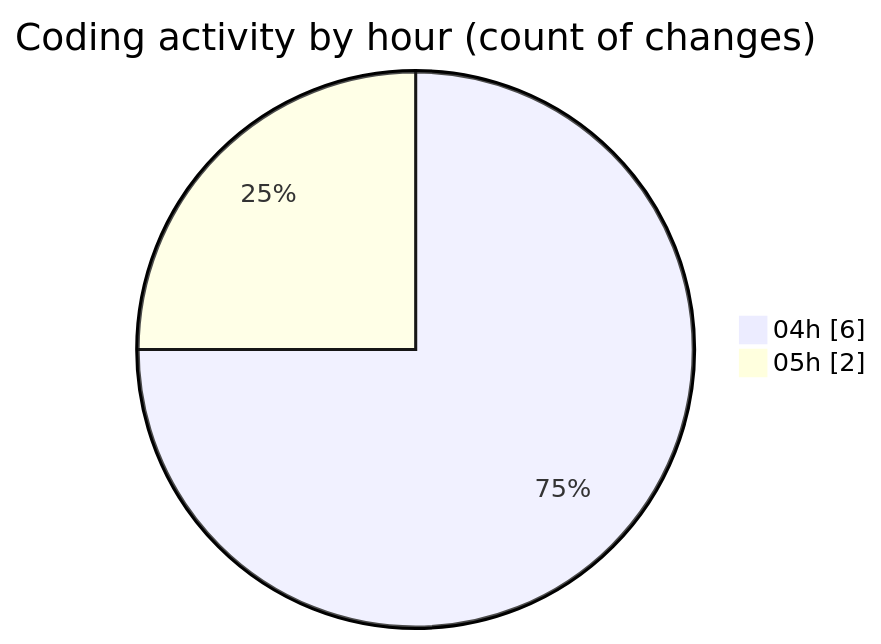
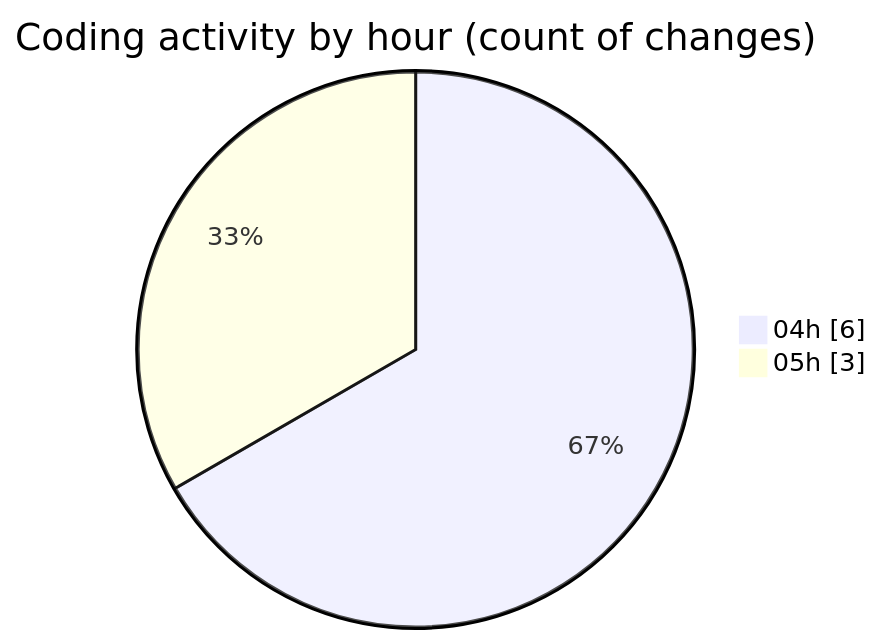
One commit to vahidmafi/code-tracking changed the second of 2 diagrams in 2025-03-23/zeytoon/README.md. Above: the diagram before and after it, drawn with Mermaid. The commit also changed other lines of this file and 1 other file, not shown here.

````diff
--- a/2025-03-23/zeytoon/README.md
+++ b/2025-03-23/zeytoon/README.md
@@ -30,6 +30,6 @@
 ```mermaid
 pie showData
 title Coding activity by hour (count of changes)
 "04h" : 6
-"05h" : 2
+"05h" : 3
 ```
````
